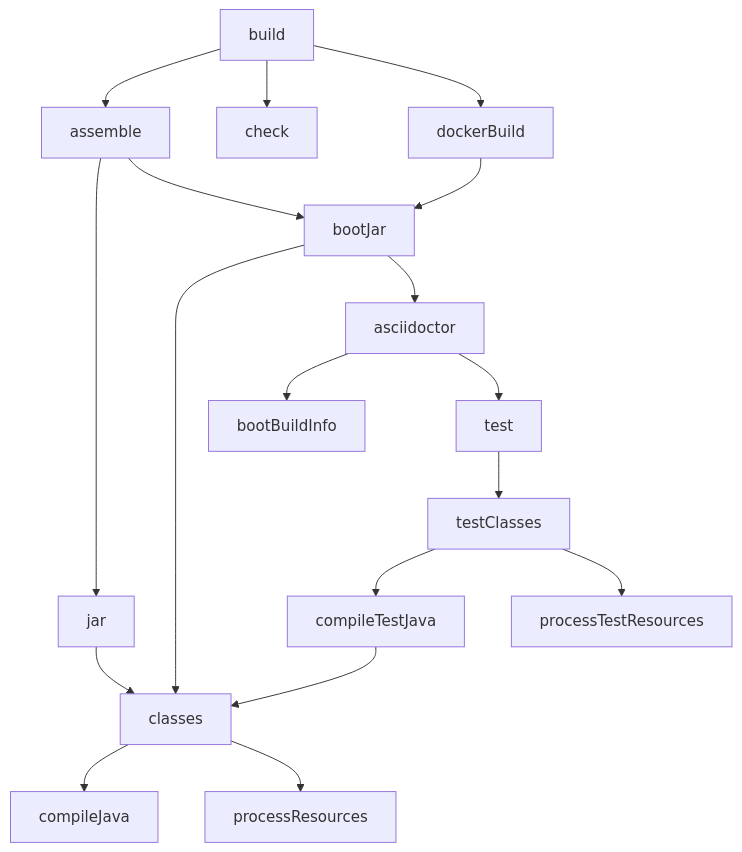
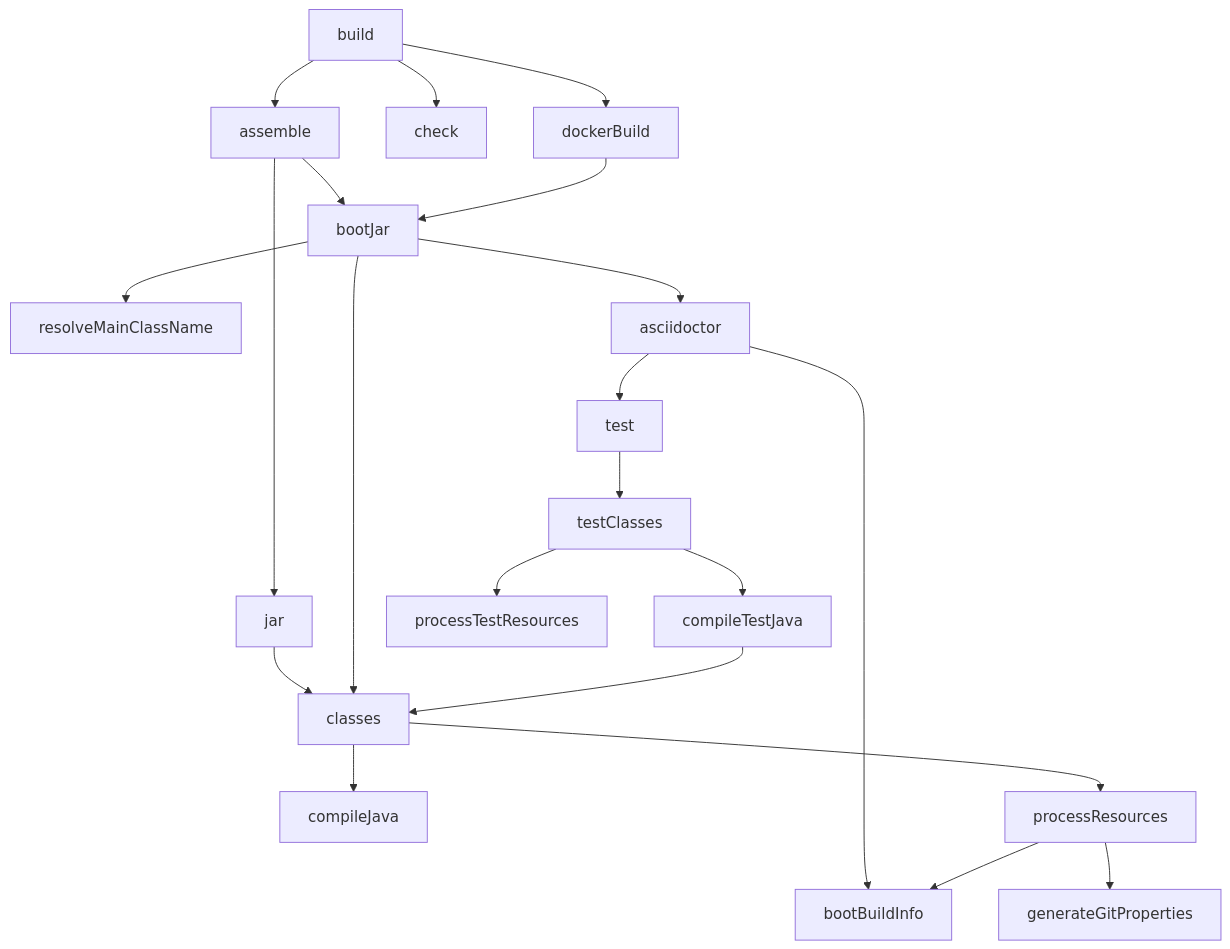
The first of 4 diagrams in ai/references/GRADLE_TASK_GRAPH.md (kamkie/technical-interview-demo), drawn with Mermaid before and after one commit. The commit also changed other lines of this file, not shown here.

Commit message:
docs: refresh GRADLE_TASK_GRAPH documentation with updated commands and graphs

````diff
--- a/ai/references/GRADLE_TASK_GRAPH.md
+++ b/ai/references/GRADLE_TASK_GRAPH.md
@@ -21,25 +34,28 @@
 ```mermaid
 graph TD
   build --> assemble
   build --> check
   build --> dockerBuild
 
   assemble --> jar
   assemble --> bootJar
 
   jar --> classes
   bootJar --> classes
+  bootJar --> resolveMainClassName
   bootJar --> asciidoctor
   dockerBuild --> bootJar
 
   asciidoctor --> bootBuildInfo
   asciidoctor --> test
 
   test --> testClasses
   testClasses --> compileTestJava
   testClasses --> processTestResources
   compileTestJava --> classes
 
   classes --> compileJava
   classes --> processResources
+  processResources --> bootBuildInfo
+  processResources --> generateGitProperties
 ```
````
